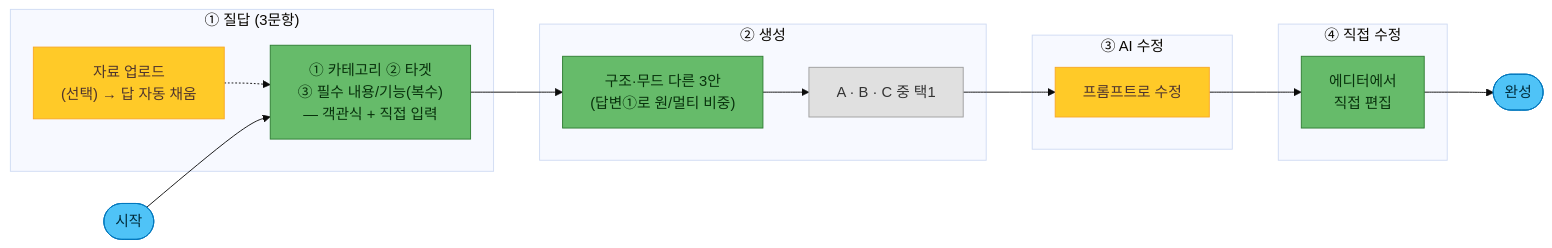
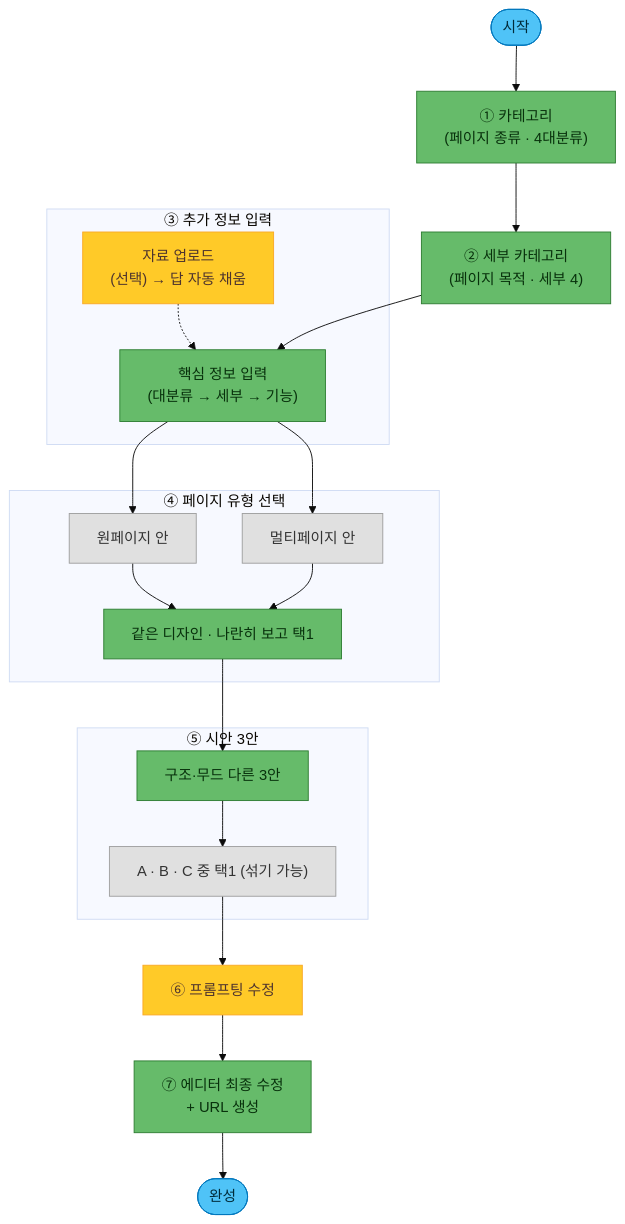
Before and after one commit to CdBd-in/cdbd-templates: the diagram in 1. 작업 가이드/1-9. AI 유저 플로우 (제품 설계도).md, drawn with Mermaid (base theme). The commit also changed other lines of this file, not shown here.

````diff
--- a/1. 작업 가이드/1-9. AI 유저 플로우 (제품 설계도).md
+++ b/1. 작업 가이드/1-9. AI 유저 플로우 (제품 설계도).md
@@ -297,30 +297,37 @@
 ```mermaid
-flowchart LR
+flowchart TD
     Start(["시작"]):::term
-    subgraph P1["① 질답 (3문항)"]
-        QS["① 카테고리 ② 타겟<br/>③ 필수 내용/기능(복수)<br/>— 객관식 + 직접 입력"]:::req
+    C1["① 카테고리<br/>(페이지 종류 · 4대분류)"]:::req
+    C2["② 세부 카테고리<br/>(페이지 목적 · 세부 4)"]:::req
+    subgraph P3["③ 추가 정보 입력"]
+        QS["핵심 정보 입력<br/>(대분류 → 세부 → 기능)"]:::req
         UP["자료 업로드<br/>(선택) → 답 자동 채움"]:::opt
         UP -.-> QS
     end
-    subgraph P2["② 생성"]
-        G["구조·무드 다른 3안<br/>(답변①로 원/멀티 비중)"]:::req
-        ABC["A · B · C 중 택1"]:::sub
+    subgraph P4["④ 페이지 유형 선택"]
+        ONE["원페이지 안"]:::sub
+        MUL["멀티페이지 안"]:::sub
+        PICK["같은 디자인 · 나란히 보고 택1"]:::req
+        ONE --> PICK
+        MUL --> PICK
+    end
+    subgraph P5["⑤ 시안 3안"]
+        G["구조·무드 다른 3안"]:::req
+        ABC["A · B · C 중 택1 (섞기 가능)"]:::sub
         G --> ABC
     end
-    subgraph P3["③ AI 수정"]
-        AIe["프롬프트로 수정"]:::opt
-    end
-    subgraph P4["④ 직접 수정"]
-        Ed["에디터에서<br/>직접 편집"]:::req
-    end
+    P6["⑥ 프롬프팅 수정"]:::opt
+    P7["⑦ 에디터 최종 수정<br/>+ URL 생성"]:::req
     Done(["완성"]):::term
 
-    Start --> QS
-    QS --> G
-    ABC --> AIe --> Ed --> Done
+    Start --> C1 --> C2 --> QS
+    QS --> ONE
+    QS --> MUL
+    PICK --> G
+    ABC --> P6 --> P7 --> Done
 
     classDef term fill:#4FC3F7,stroke:#0277BD,color:#012B39;
     classDef opt fill:#FFCA28,stroke:#F9A825,color:#4E342E;
     classDef req fill:#66BB6A,stroke:#2E7D32,color:#08310C;
     classDef sub fill:#E0E0E0,stroke:#9E9E9E,color:#333333;
 ```
````
